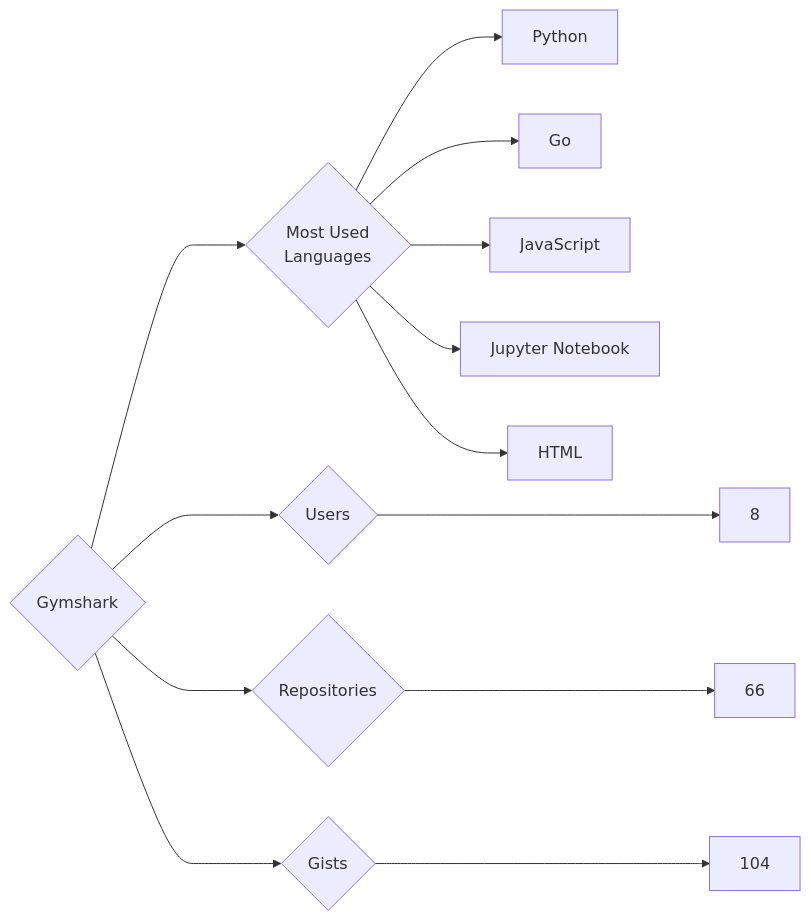
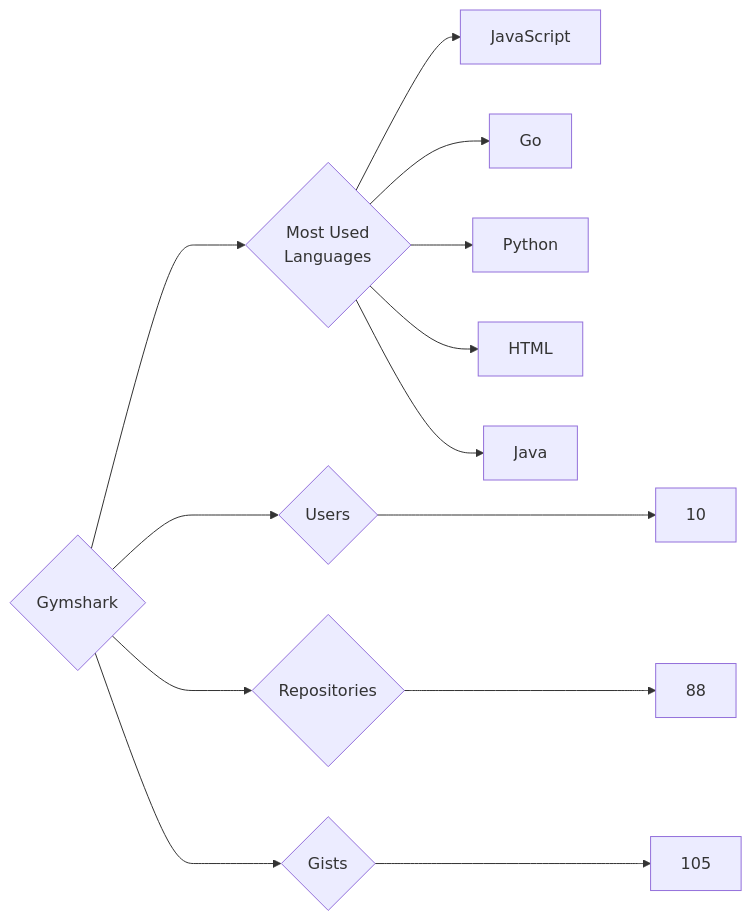
The diagram in targets/Gymshark/README.md (trickest/insiders), drawn with Mermaid before and after one commit. The commit also changed 1141 other files, not shown here.

````diff
--- a/targets/Gymshark/README.md
+++ b/targets/Gymshark/README.md
@@ -3,13 +3,13 @@
 ```mermaid
 graph LR
 COMPANY_NAME{Gymshark}
-COMPANY_NAME ---> U{Users} ---> UN[8]
-COMPANY_NAME ---> R{Repositories} ---> RN[66]
-COMPANY_NAME ---> G{Gists} ---> GN[104]
+COMPANY_NAME ---> U{Users} ---> UN[10]
+COMPANY_NAME ---> R{Repositories} ---> RN[88]
+COMPANY_NAME ---> G{Gists} ---> GN[105]
 COMPANY_NAME ---> ML{Most Used<br>Languages}
+ML --> JavaScript[JavaScript]
+ML --> Go[Go]
 ML --> Python[Python]
-ML --> Go[Go]
-ML --> JavaScript[JavaScript]
-ML --> Jupyter_Notebook[Jupyter Notebook]
 ML --> HTML[HTML]
+ML --> Java[Java]
 ```
````
